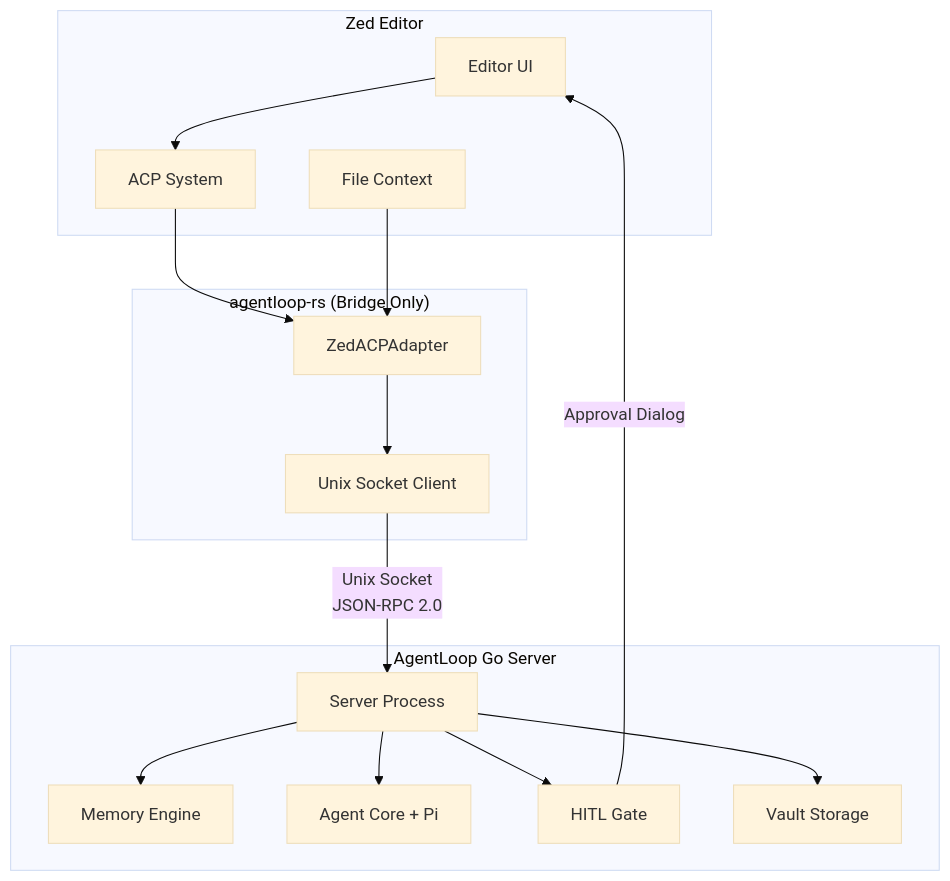
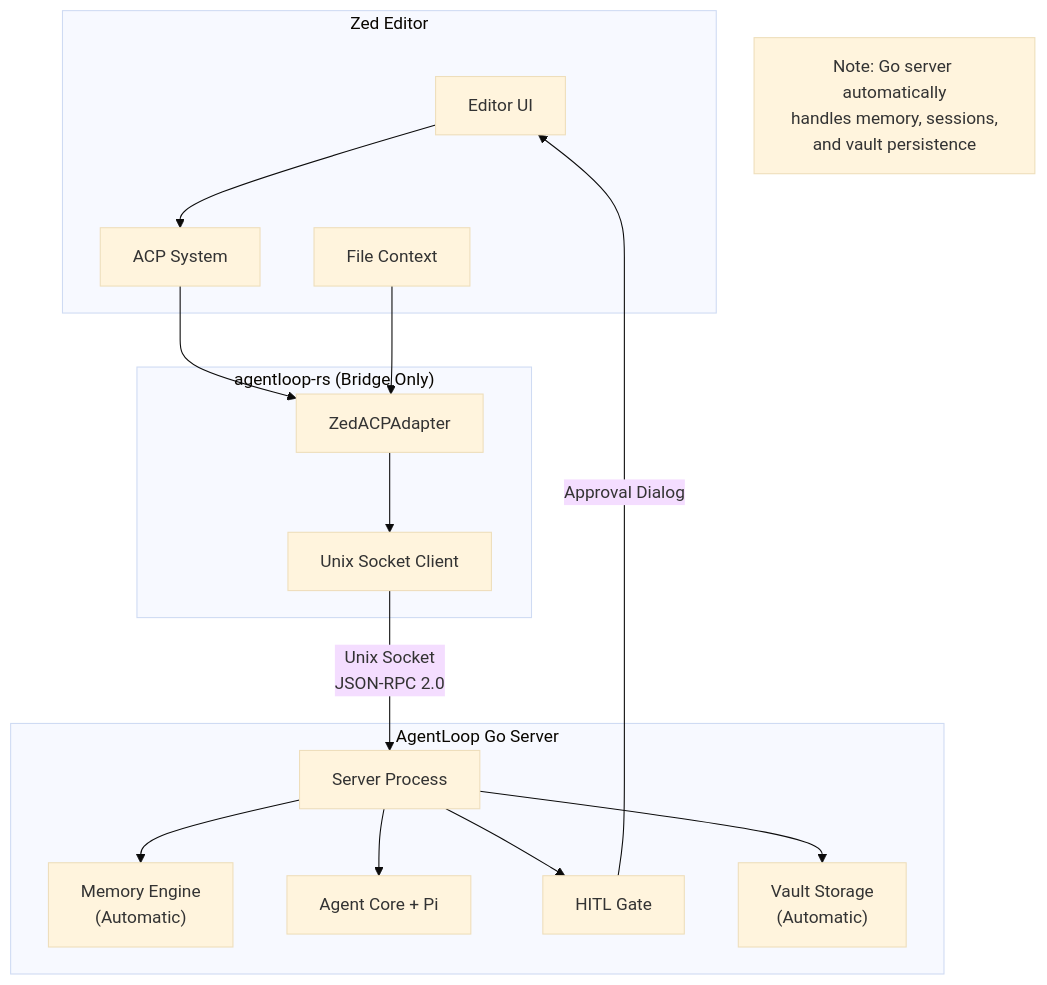
One commit to MarcoMruz/agentloop-docs changed the diagram in src/content/docs/rust-client/zed-integration.mdx. Above: the diagram before and after it, drawn with Mermaid (base theme). The commit also changed other lines of this file and 1 other file, not shown here.

First line of the commit message:
docs: clarify that agentloop-rs is bridge only - memory handled by Go server

````diff
--- a/src/content/docs/rust-client/zed-integration.mdx
+++ b/src/content/docs/rust-client/zed-integration.mdx
@@ -14,32 +18,34 @@
 ```mermaid
 graph TD
     subgraph "Zed Editor"
         UI["Editor UI"]
         ACP["ACP System"]
         Context["File Context"]
     end
 
     subgraph "agentloop-rs (Bridge Only)"
         Adapter["ZedACPAdapter"]
         Client["Unix Socket Client"]
     end
 
     subgraph "AgentLoop Go Server"
         Server["Server Process"]  
-        Memory["Memory Engine"]
+        Memory["Memory Engine<br/>(Automatic)"]
         Agent["Agent Core + Pi"]
         HITL["HITL Gate"]
-        Vault["Vault Storage"]
+        Vault["Vault Storage<br/>(Automatic)"]
     end
 
     UI --> ACP
     ACP --> Adapter
     Context --> Adapter
     Adapter --> Client
     Client -->|"Unix Socket<br/>JSON-RPC 2.0"| Server
     Server --> Memory
     Server --> Agent
     Server --> HITL
     Server --> Vault
     HITL -->|"Approval Dialog"| UI
+    
+    note1["Note: Go server automatically<br/>handles memory, sessions,<br/>and vault persistence"]
 ```
````
